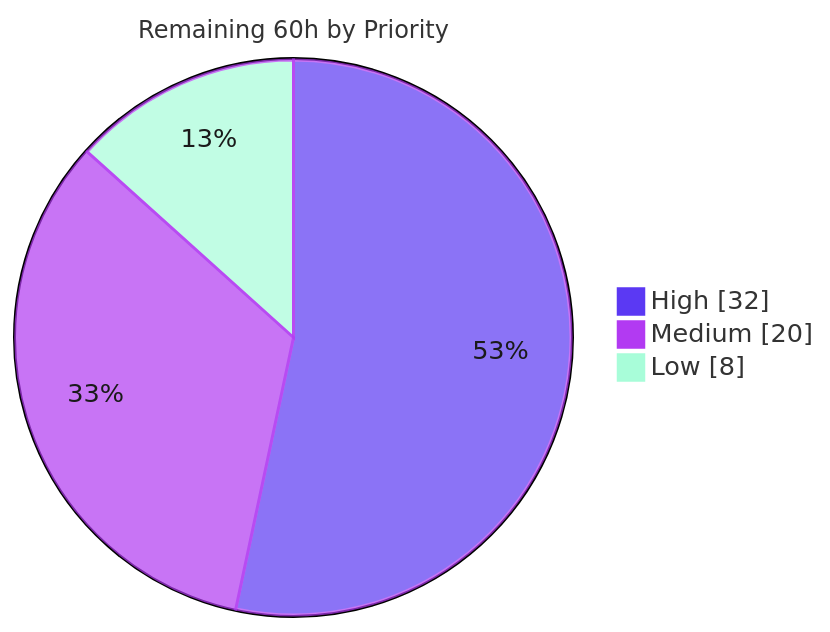
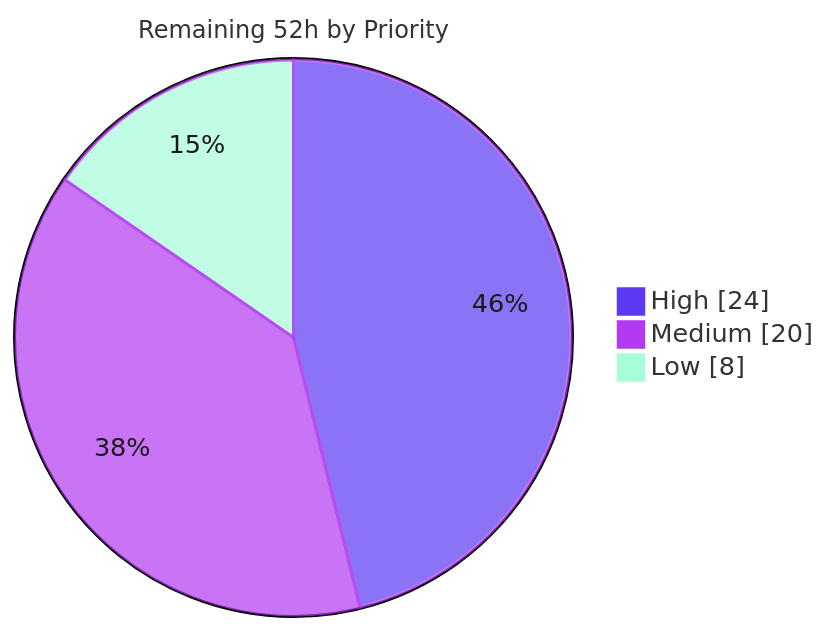
One commit to blitzy-public-samples/blitzy-delta-format changed the third of 3 diagrams in blitzy/documentation/Project Guide.md. Above: the diagram before and after it, drawn with Mermaid. The commit also changed other lines of this file and 13 other files, not shown here.

````diff
--- a/blitzy/documentation/Project Guide.md
+++ b/blitzy/documentation/Project Guide.md
@@ -236,7 +236,7 @@
 ```mermaid
 %%{init: {'theme':'base', 'themeVariables': {'pie1':'#5B39F3','pie2':'#B23AF2','pie3':'#A8FDD9','pieStrokeColor':'#B23AF2','pieSectionTextColor':'#1A1A1A','pieTitleTextSize':'16px'}}}%%
-pie showData title Remaining 60h by Priority
-    "High" : 32
+pie showData title Remaining 52h by Priority
+    "High" : 24
     "Medium" : 20
     "Low" : 8
 ```
````
